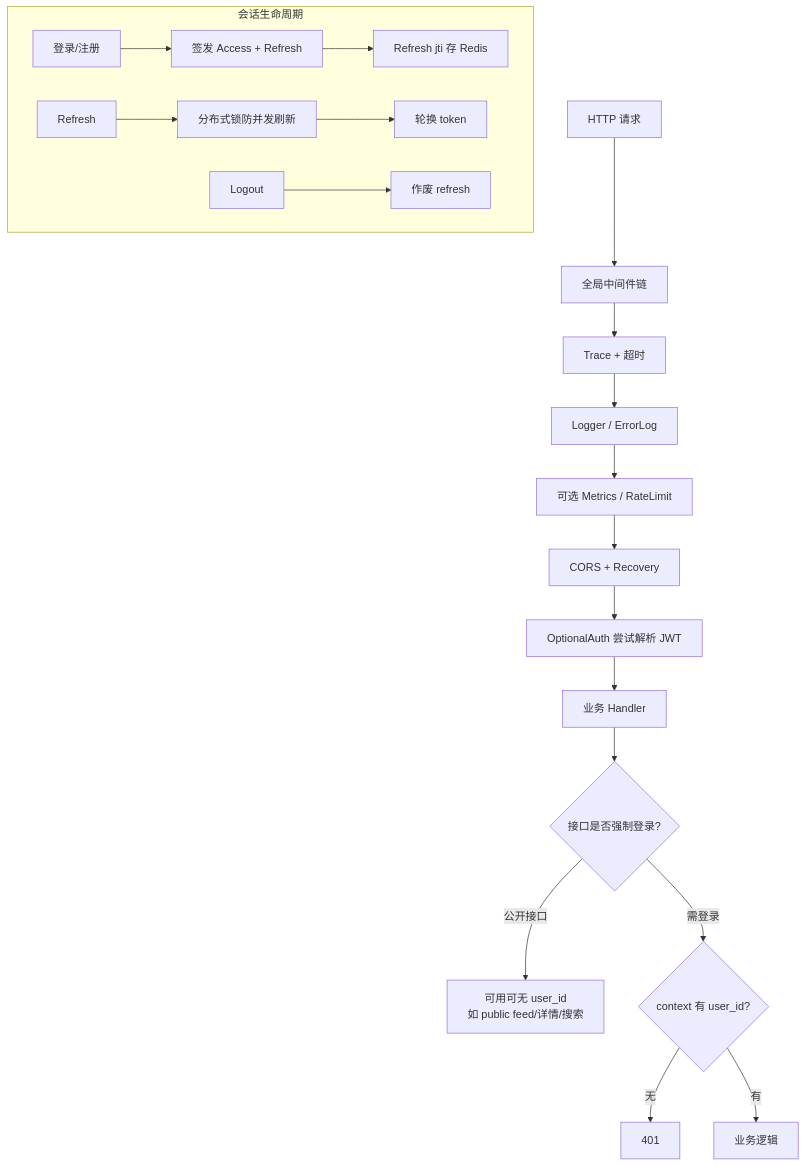
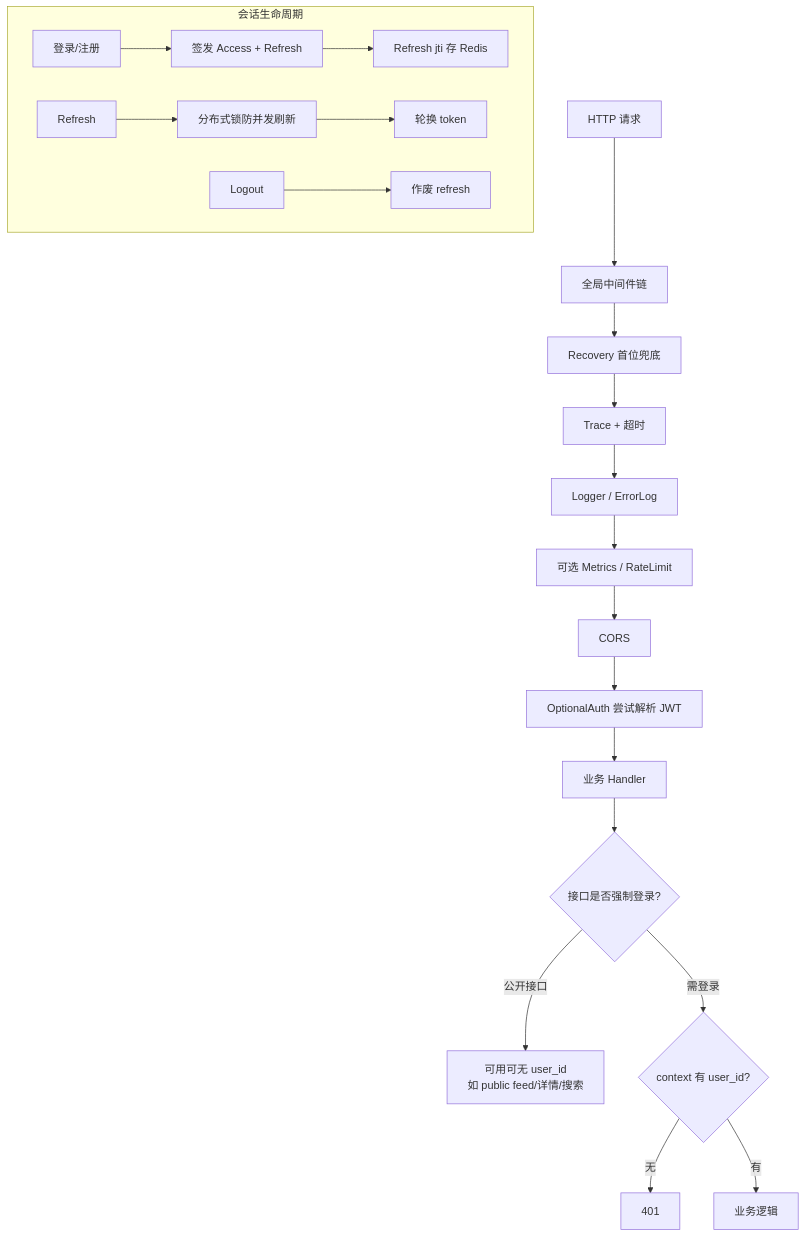
Before and after one commit to bitladykiller/zhiguang_go: diagram 16 of 23 in docs/跨模块流程图.md, drawn with Mermaid. The commit also changed 150 other files, not shown here.

````diff
--- a/docs/跨模块流程图.md
+++ b/docs/跨模块流程图.md
@@ -541,23 +541,24 @@
 ```mermaid
 flowchart TD
     A[HTTP 请求] --> B[全局中间件链]
-    B --> B1[Trace + 超时]
+    B --> B0[Recovery 首位兜底]
+    B0 --> B1[Trace + 超时]
     B1 --> B2[Logger / ErrorLog]
     B2 --> B3[可选 Metrics / RateLimit]
-    B3 --> B4[CORS + Recovery]
+    B3 --> B4[CORS]
     B4 --> B5[OptionalAuth 尝试解析 JWT]
     B5 --> C[业务 Handler]
     C --> D{接口是否强制登录?}
     D -->|公开接口| E[可用可无 user_id<br/>如 public feed/详情/搜索]
     D -->|需登录| F{context 有 user_id?}
     F -->|无| G[401]
     F -->|有| H[业务逻辑]
 
     subgraph 会话生命周期
       L[登录/注册] --> M[签发 Access + Refresh]
       M --> N[Refresh jti 存 Redis]
       O[Refresh] --> P[分布式锁防并发刷新]
       P --> Q[轮换 token]
       R[Logout] --> S[作废 refresh]
     end
 ```
````
